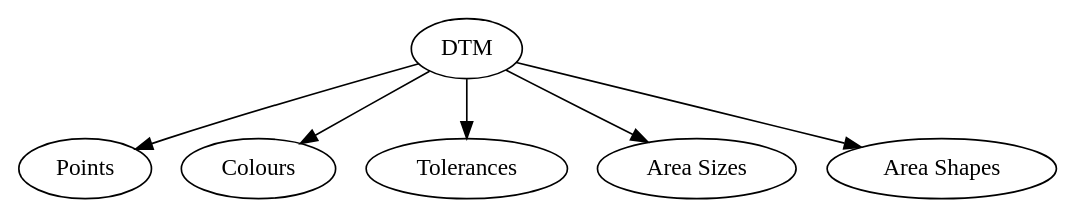
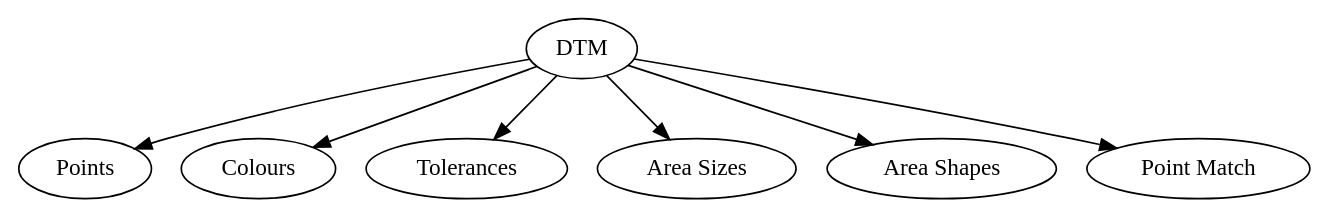
One commit to Villavu/Simba changed the diagram in Doc/Pics/DTM.dot. Above: the diagram before and after it, drawn with Graphviz. The commit also changed 3 other files, not shown here.

```diff
--- a/Doc/Pics/DTM.dot
+++ b/Doc/Pics/DTM.dot
@@ -1,7 +1,8 @@
 digraph DTM {
 	DTM -> Points
 	DTM -> Colours
 	DTM -> Tolerances
 	DTM -> "Area Sizes"
 	DTM -> "Area Shapes"
+    DTM -> "Point Match"
 }
```
